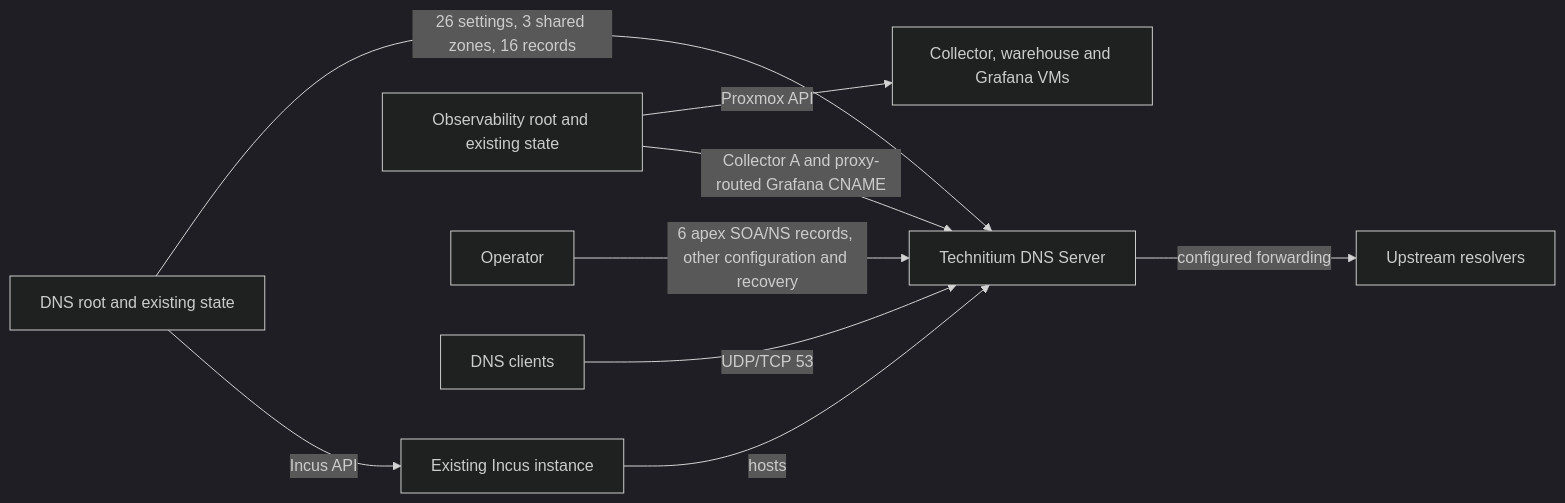
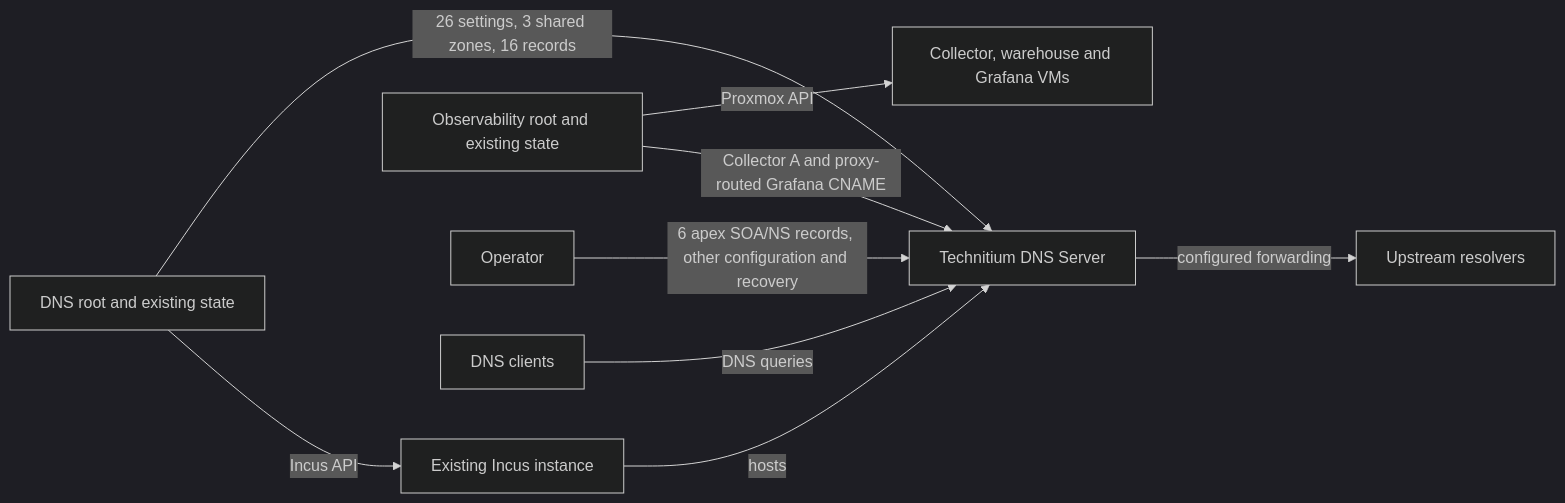
Before and after one commit to lexedwards/homelab: the diagram in services/technitium-dns/README.md, drawn with Mermaid (dark theme). The commit also changed other lines of this file and 19 other files, not shown here.

First line of the commit message:
docs(architecture): establish logical homelab views and documentation privacy (#47)

````diff
--- a/services/technitium-dns/README.md
+++ b/services/technitium-dns/README.md
@@ -87,11 +88,11 @@
 ```mermaid
 flowchart LR
     T["DNS root and existing state"] -->|Incus API| I["Existing Incus instance"]
     I -->|hosts| D["Technitium DNS Server"]
     T -->|"26 settings, 3 shared zones, 16 records"| D
     S["Observability root and existing state"] -->|"Collector A and proxy-routed Grafana CNAME"| D
     S -->|Proxmox API| V["Collector, warehouse and Grafana VMs"]
     O["Operator"] -->|"6 apex SOA/NS records, other configuration and recovery"| D
-    C["DNS clients"] -->|UDP/TCP 53| D
+    C["DNS clients"] -->|DNS queries| D
     D -->|configured forwarding| U["Upstream resolvers"]
 ```
````
